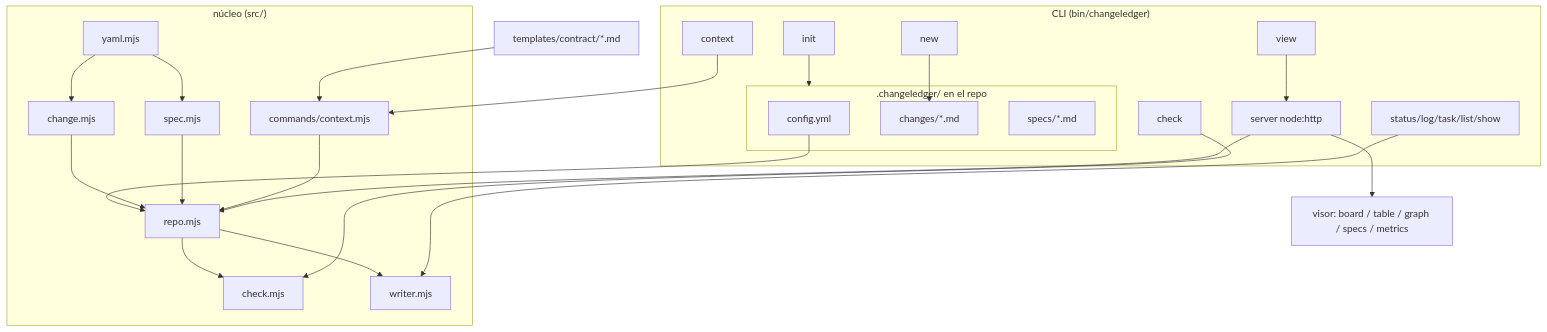
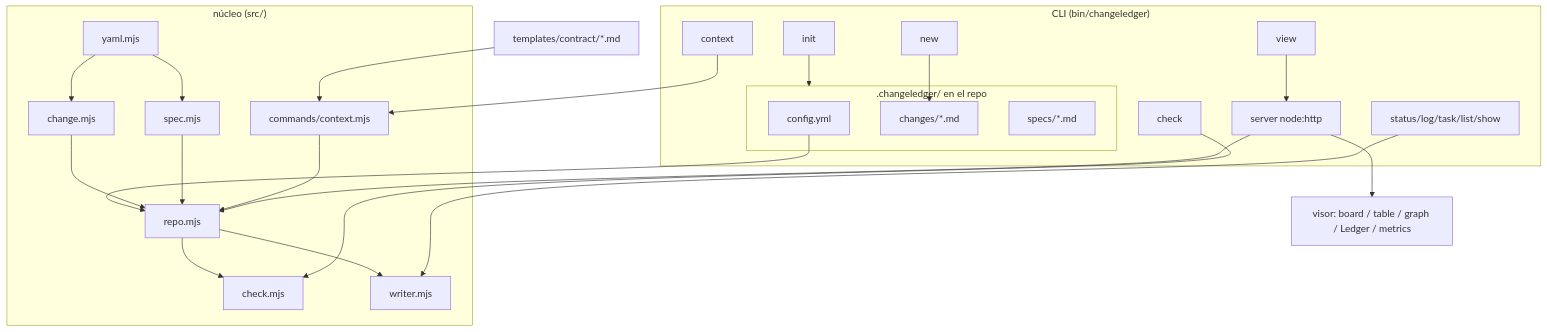
The diagram in .changeledger/specs/architecture.md (rarc88/changeledger), drawn with Mermaid before and after one commit. The commit also changed other lines of this file and 2 other files, not shown here.

Commit message:
docs(viewer): specify Ledger document browsing [#20260728-141859]

````diff
--- a/.changeledger/specs/architecture.md
+++ b/.changeledger/specs/architecture.md
@@ -16,29 +16,29 @@
 ```mermaid
 flowchart TD
   subgraph repo[".changeledger/ en el repo"]
     CFG[config.yml]
     CH[changes/*.md]
     SP[specs/*.md]
   end
   subgraph core["núcleo (src/)"]
     YAML[yaml.mjs] --> CHANGE[change.mjs]
     YAML --> SPEC[spec.mjs]
     CFG --> REPO[repo.mjs]
     CHANGE --> REPO
     SPEC --> REPO
     REPO --> CHECK[check.mjs]
     REPO --> WRITER[writer.mjs]
     CT[commands/context.mjs] --> REPO
   end
   FRAG[templates/contract/*.md] --> CT
   subgraph cli["CLI (bin/changeledger)"]
     INIT[init] --> repo
     NEW[new] --> CH
     CHECKC[check] --> CHECK
     CONTEXT[context] --> CT
     AGENT[status/log/task/list/show] --> WRITER
     VIEW[view] --> SRV
   end
   SRV[server node:http] --> REPO
-  SRV --> UI[visor: board / table / graph / specs / metrics]
+  SRV --> UI[visor: board / table / graph / Ledger / metrics]
 ```
````
